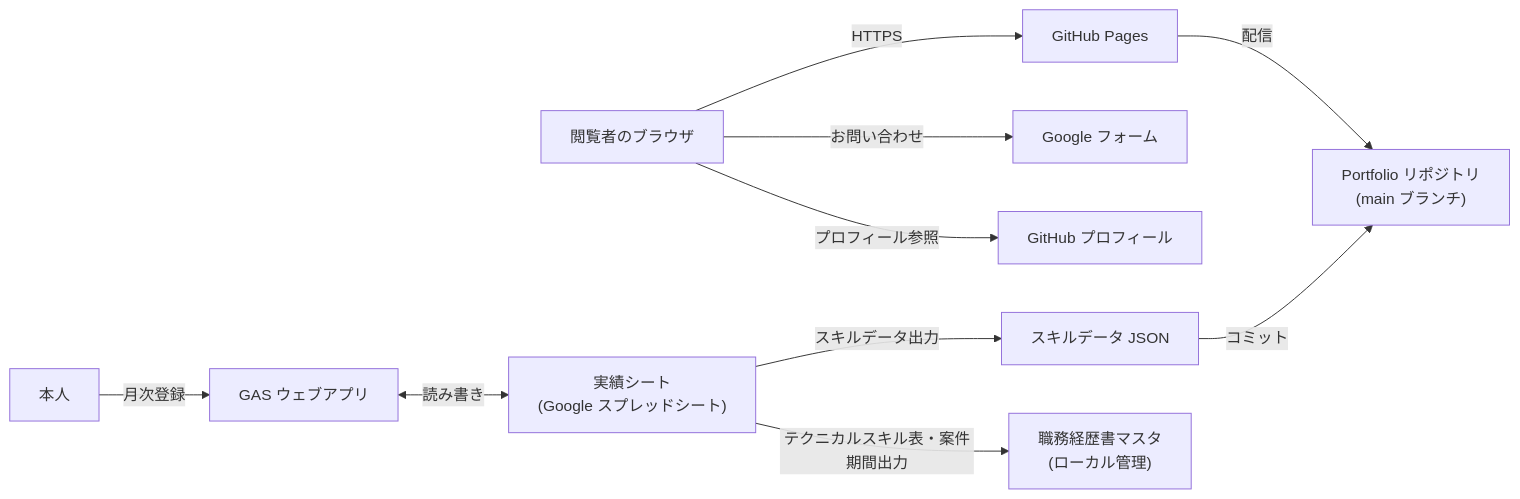
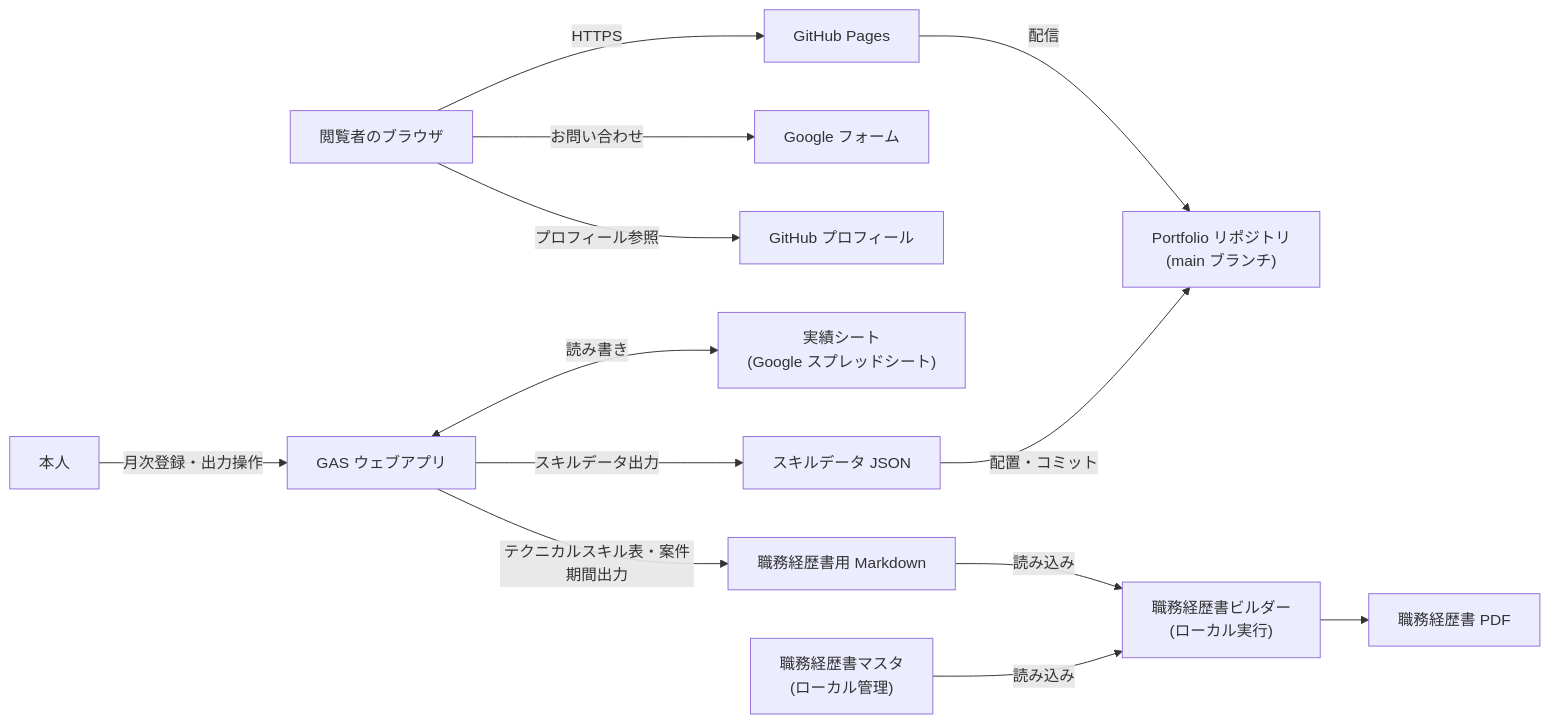
Before and after one commit to Seiya-Nakagawa/Portfolio: the first of 4 diagrams in docs/02.design/DESIGN.md, drawn with Mermaid. The commit also changed other lines of this file, not shown here.

First line of the commit message:
docs: スキル実績管理 GAS ウェブアプリの外部設計を基本設計書に追加 (#34)

````diff
--- a/docs/02.design/DESIGN.md
+++ b/docs/02.design/DESIGN.md
@@ -13,13 +13,16 @@
 ```mermaid
 flowchart LR
     Browser["閲覧者のブラウザ"] -->|HTTPS| Pages["GitHub Pages"]
     Pages -->|配信| Repo["Portfolio リポジトリ\n(main ブランチ)"]
     Browser -->|お問い合わせ| GForm["Google フォーム"]
     Browser -->|プロフィール参照| GitHub["GitHub プロフィール"]
 
-    Owner["本人"] -->|月次登録| GAS["GAS ウェブアプリ"]
+    Owner["本人"] -->|月次登録・出力操作| GAS["GAS ウェブアプリ"]
     GAS <-->|読み書き| Sheet["実績シート\n(Google スプレッドシート)"]
-    Sheet -->|スキルデータ出力| Json["スキルデータ JSON"]
-    Sheet -->|テクニカルスキル表・案件期間出力| Resume["職務経歴書マスタ\n(ローカル管理)"]
-    Json -->|コミット| Repo
+    GAS -->|スキルデータ出力| Json["スキルデータ JSON"]
+    GAS -->|テクニカルスキル表・案件期間出力| Md["職務経歴書用 Markdown"]
+    Json -->|配置・コミット| Repo
+    Md -->|読み込み| Builder["職務経歴書ビルダー\n(ローカル実行)"]
+    Resume["職務経歴書マスタ\n(ローカル管理)"] -->|読み込み| Builder
+    Builder --> Pdf["職務経歴書 PDF"]
 ```
````
